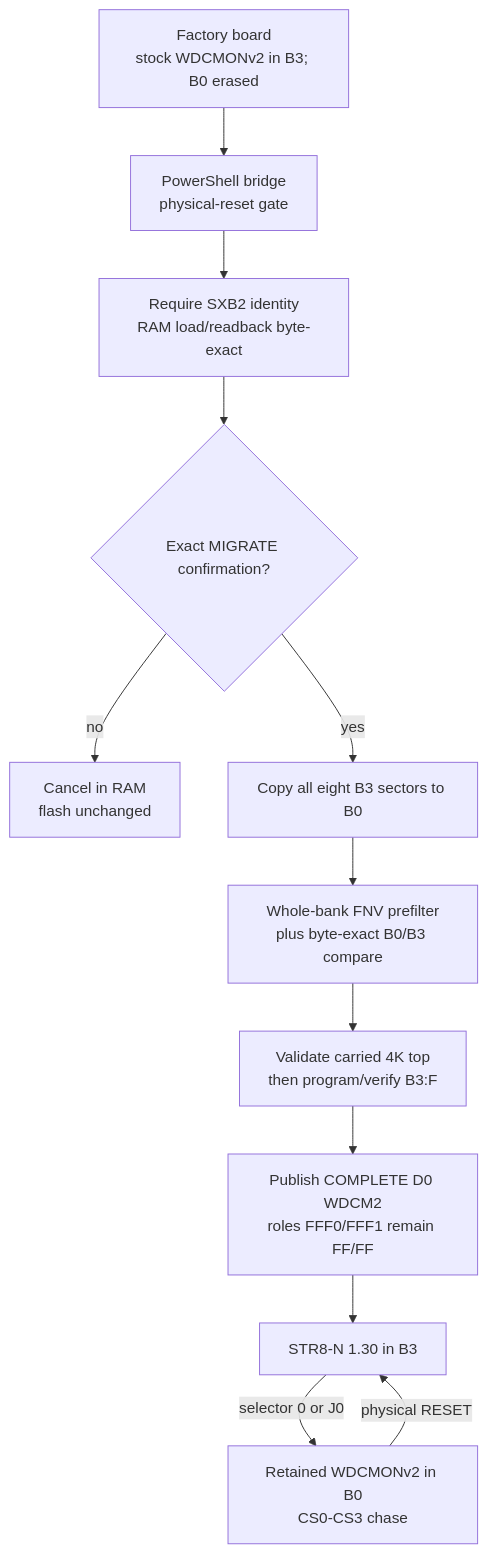
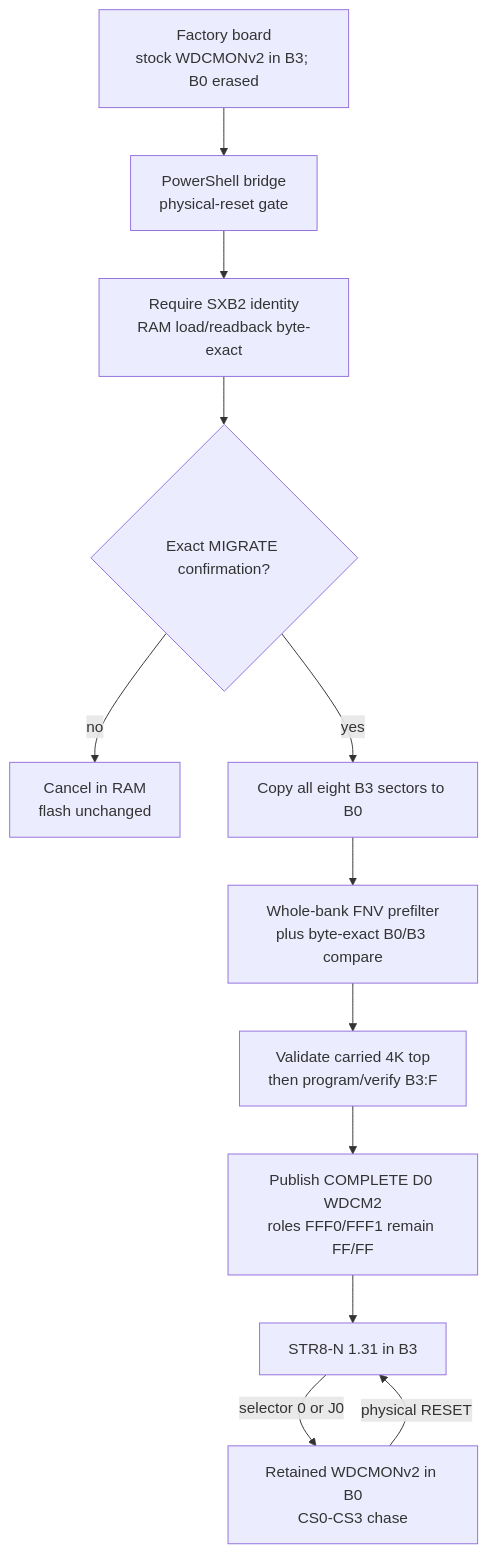
The fifth of 14 diagrams in docs/MAPS.md (95westus/STR8-N), drawn with Mermaid before and after one commit. The commit also changed other lines of this file and 56 other files, not shown here.

````diff
--- a/docs/MAPS.md
+++ b/docs/MAPS.md
@@ -108,14 +108,14 @@
 ```mermaid
 flowchart TD
     F[Factory board<br/>stock WDCMONv2 in B3; B0 erased] --> H[PowerShell bridge<br/>physical-reset gate]
     H --> V[Require SXB2 identity<br/>RAM load/readback byte-exact]
     V --> M{Exact MIGRATE confirmation?}
     M -->|no| X[Cancel in RAM<br/>flash unchanged]
     M -->|yes| C[Copy all eight B3 sectors to B0]
     C --> E[Whole-bank FNV prefilter<br/>plus byte-exact B0/B3 compare]
     E --> T[Validate carried 4K top<br/>then program/verify B3:F]
     T --> D[Publish COMPLETE D0 WDCM2<br/>roles FFF0/FFF1 remain FF/FF]
-    D --> S[STR8-N 1.30 in B3]
+    D --> S[STR8-N 1.31 in B3]
     S -->|selector 0 or J0| W[Retained WDCMONv2 in B0<br/>CS0-CS3 chase]
     W -->|physical RESET| S
 ```
````
